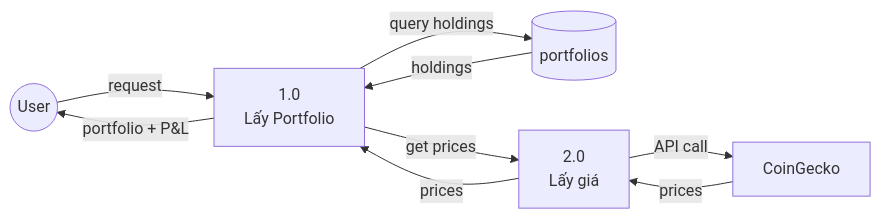
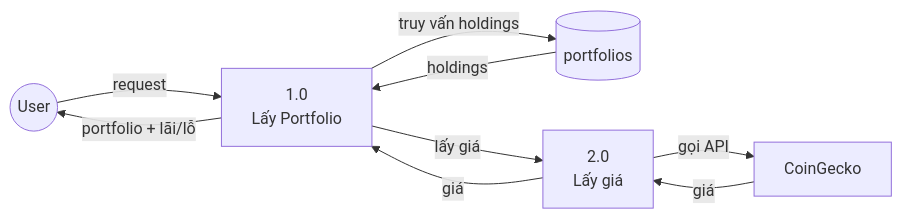
One commit to doanthetin193/CryptoTradingSOA changed the eighth of 18 diagrams in BAO_CAO_KIEN_TRUC_HUONG_DICH_VU.md. Above: the diagram before and after it, drawn with Mermaid. The commit also changed other lines of this file and 5 other files, not shown here.

````diff
--- a/BAO_CAO_KIEN_TRUC_HUONG_DICH_VU.md
+++ b/BAO_CAO_KIEN_TRUC_HUONG_DICH_VU.md
@@ -621,11 +631,11 @@
 ```mermaid
 flowchart LR
     U((User)) -->|request| P1[1.0<br/>Lấy Portfolio]
-    P1 -->|query holdings| D1[(portfolios)]
+    P1 -->|truy vấn holdings| D1[(portfolios)]
     D1 -->|holdings| P1
-    P1 -->|get prices| P2[2.0<br/>Lấy giá]
-    P2 -->|API call| E1[CoinGecko]
-    E1 -->|prices| P2
-    P2 -->|prices| P1
-    P1 -->|portfolio + P&L| U
+    P1 -->|lấy giá| P2[2.0<br/>Lấy giá]
+    P2 -->|gọi API| E1[CoinGecko]
+    E1 -->|giá| P2
+    P2 -->|giá| P1
+    P1 -->|portfolio + lãi/lỗ| U
 ```
````
